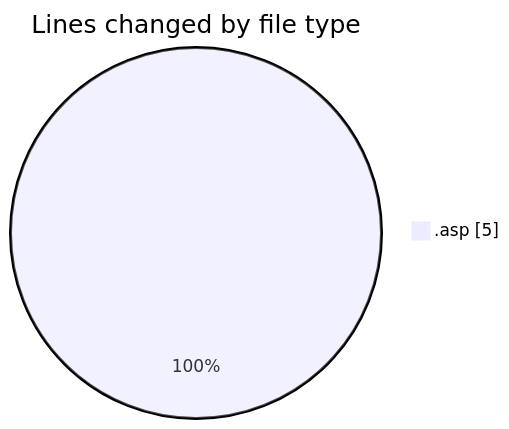
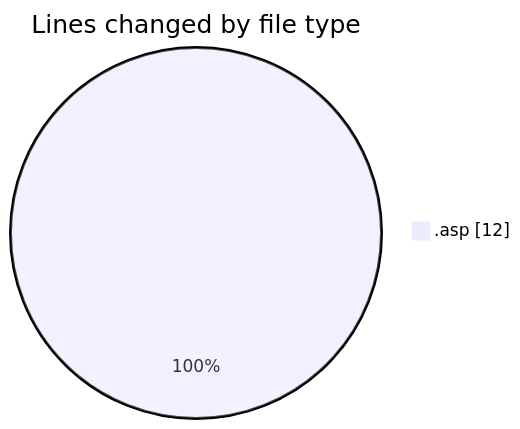
Before and after one commit to julien-gomy/code-tracking: the first of 2 diagrams in 2025-11-23/cdp_aleoudev_fr__workspace_/README.md, drawn with Mermaid. The commit also changed other lines of this file and 1 other file, not shown here.

````diff
--- a/2025-11-23/cdp_aleoudev_fr__workspace_/README.md
+++ b/2025-11-23/cdp_aleoudev_fr__workspace_/README.md
@@ -20,5 +20,5 @@
 ```mermaid
 pie showData
 title Lines changed by file type
-".asp" : 5
+".asp" : 12
 ```
````
